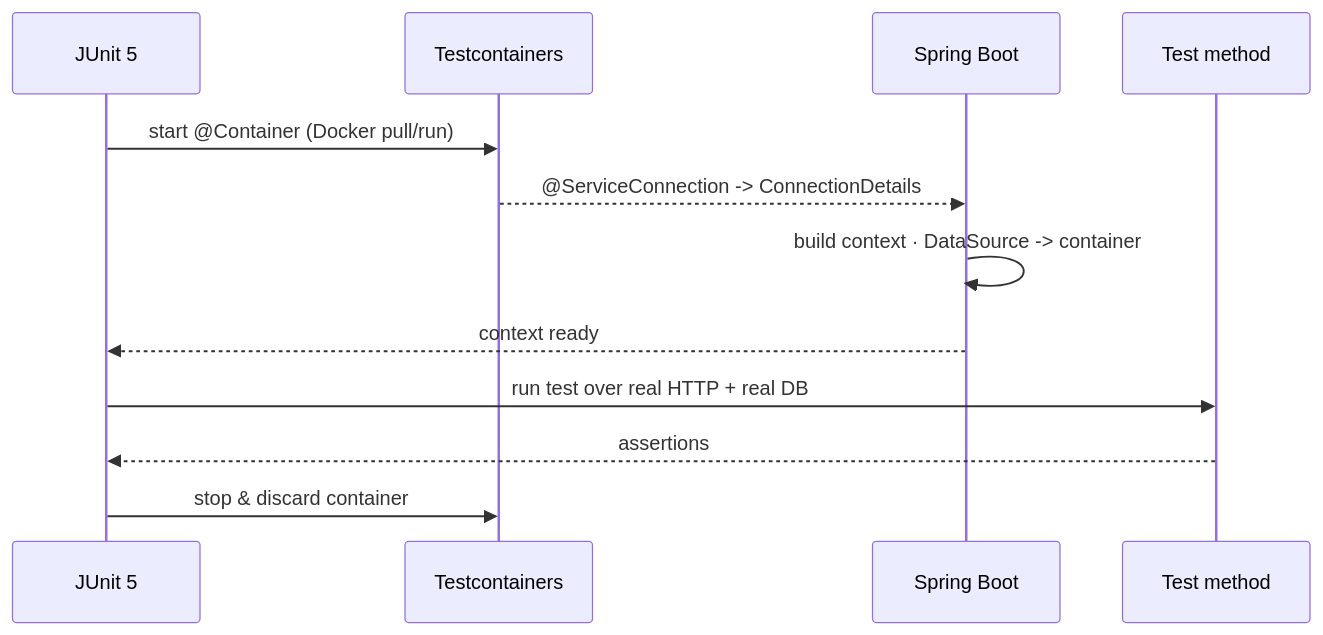
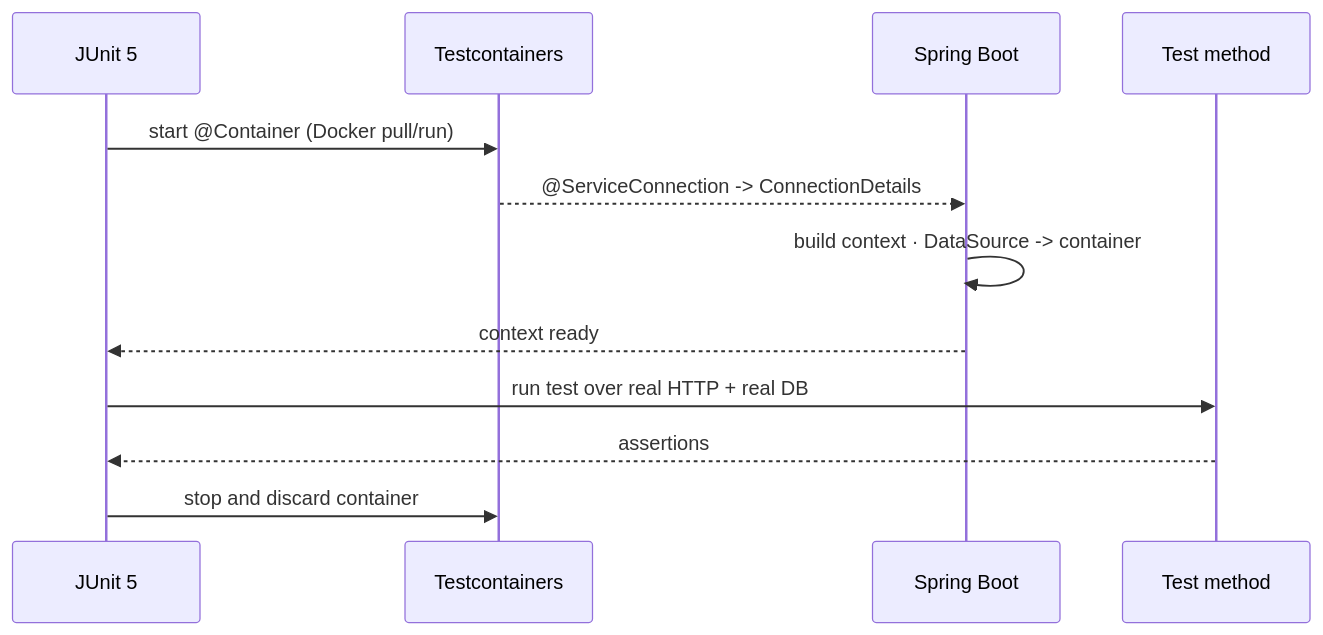
One commit to eltonssouza/conductor-library changed diagram 32 of 43 in 14_frameworks/Spring Boot 4 - Complete Professional Guide.md. Above: the diagram before and after it, drawn with Mermaid.

Commit message:
content(frameworks): escape stray ampersand in a Spring Boot 4 Mermaid label — R5

````diff
--- a/14_frameworks/Spring Boot 4 - Complete Professional Guide.md
+++ b/14_frameworks/Spring Boot 4 - Complete Professional Guide.md
@@ -3416,14 +3416,14 @@
 ```mermaid
 sequenceDiagram
     participant J as JUnit 5
     participant TC as Testcontainers
     participant B as Spring Boot
     participant T as Test method
     J->>TC: start @Container (Docker pull/run)
     TC-->>B: @ServiceConnection -> ConnectionDetails
     B->>B: build context · DataSource -> container
     B-->>J: context ready
     J->>T: run test over real HTTP + real DB
     T-->>J: assertions
-    J->>TC: stop & discard container
+    J->>TC: stop and discard container
 ```
````
